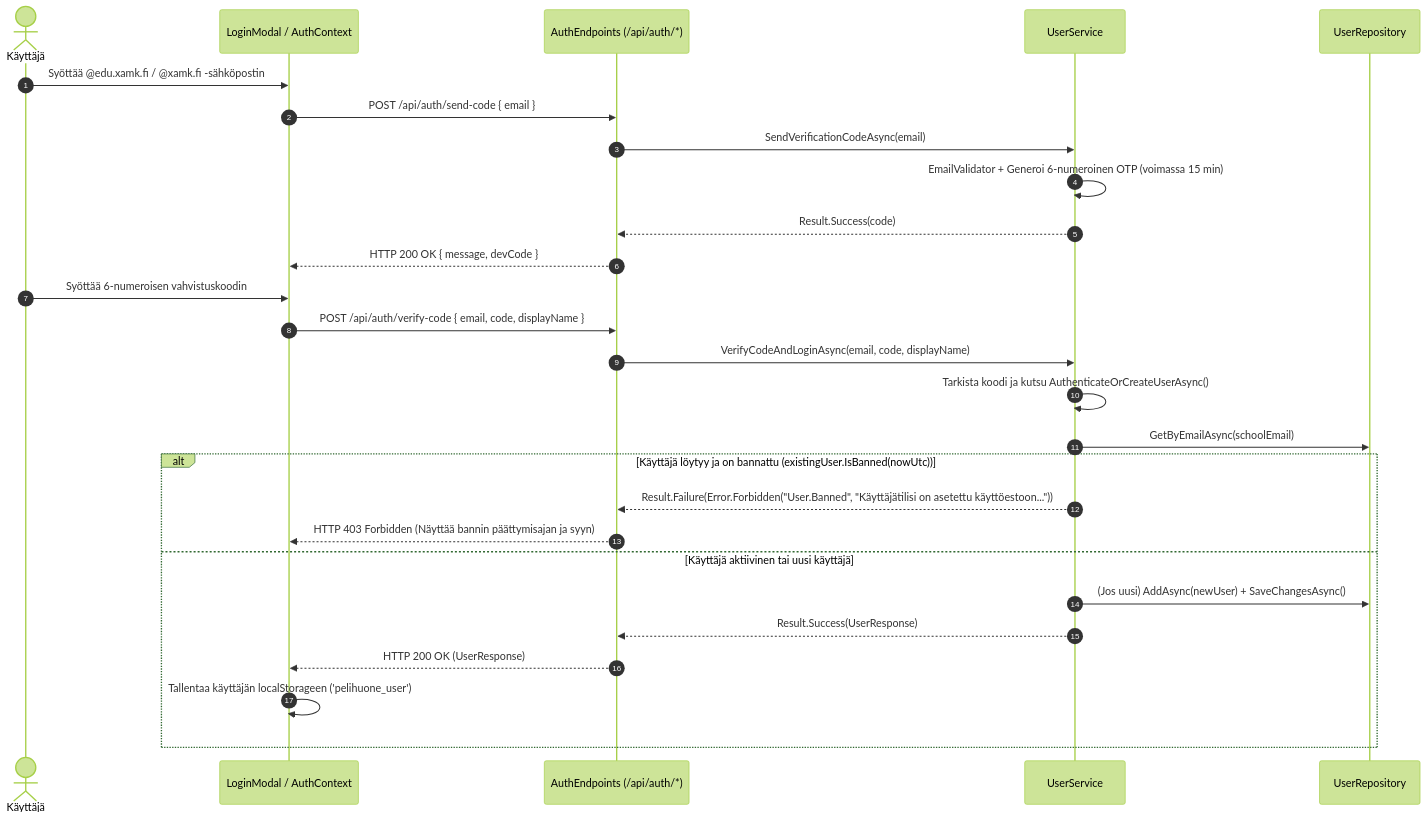
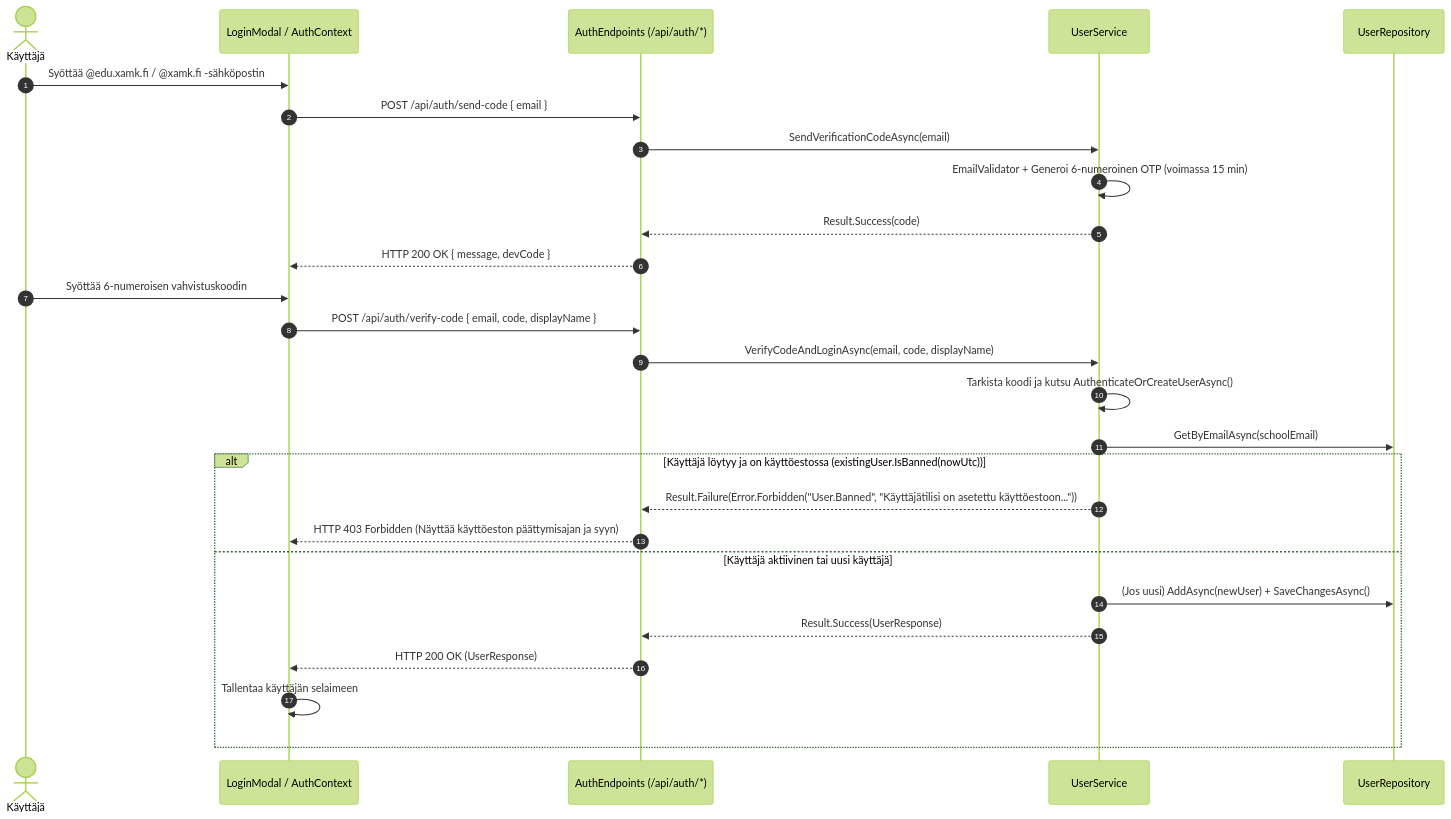
One commit to Jone81/pelihuonevaraus changed the third of 6 diagrams in Docs/FULLSTACK_SPECS_AND_MAP.md. Above: the diagram before and after it, drawn with Mermaid (forest theme). The commit also changed other lines of this file and 22 other files, not shown here.

````diff
--- a/Docs/FULLSTACK_SPECS_AND_MAP.md
+++ b/Docs/FULLSTACK_SPECS_AND_MAP.md
@@ -152,32 +152,32 @@
 ```mermaid
 sequenceDiagram
     autonumber
     actor User as Käyttäjä
     participant Modal as LoginModal / AuthContext
     participant API as AuthEndpoints (/api/auth/*)
     participant USvc as UserService
     participant URepo as UserRepository
 
     User->>Modal: Syöttää @edu.xamk.fi / @xamk.fi -sähköpostin
     Modal->>API: POST /api/auth/send-code { email }
     API->>USvc: SendVerificationCodeAsync(email)
     USvc->>USvc: EmailValidator + Generoi 6-numeroinen OTP (voimassa 15 min)
     USvc-->>API: Result.Success(code)
     API-->>Modal: HTTP 200 OK { message, devCode }
 
     User->>Modal: Syöttää 6-numeroisen vahvistuskoodin
     Modal->>API: POST /api/auth/verify-code { email, code, displayName }
     API->>USvc: VerifyCodeAndLoginAsync(email, code, displayName)
     USvc->>USvc: Tarkista koodi ja kutsu AuthenticateOrCreateUserAsync()
     USvc->>URepo: GetByEmailAsync(schoolEmail)
 
-    alt Käyttäjä löytyy ja on bannattu (existingUser.IsBanned(nowUtc))
+    alt Käyttäjä löytyy ja on käyttöestossa (existingUser.IsBanned(nowUtc))
         USvc-->>API: Result.Failure(Error.Forbidden("User.Banned", "Käyttäjätilisi on asetettu käyttöestoon..."))
-        API-->>Modal: HTTP 403 Forbidden (Näyttää bannin päättymisajan ja syyn)
+        API-->>Modal: HTTP 403 Forbidden (Näyttää käyttöeston päättymisajan ja syyn)
     else Käyttäjä aktiivinen tai uusi käyttäjä
         USvc->>URepo: (Jos uusi) AddAsync(newUser) + SaveChangesAsync()
         USvc-->>API: Result.Success(UserResponse)
         API-->>Modal: HTTP 200 OK (UserResponse)
-        Modal->>Modal: Tallentaa käyttäjän localStorageen ('pelihuone_user')
+        Modal->>Modal: Tallentaa käyttäjän selaimeen
     end
 ```
````
